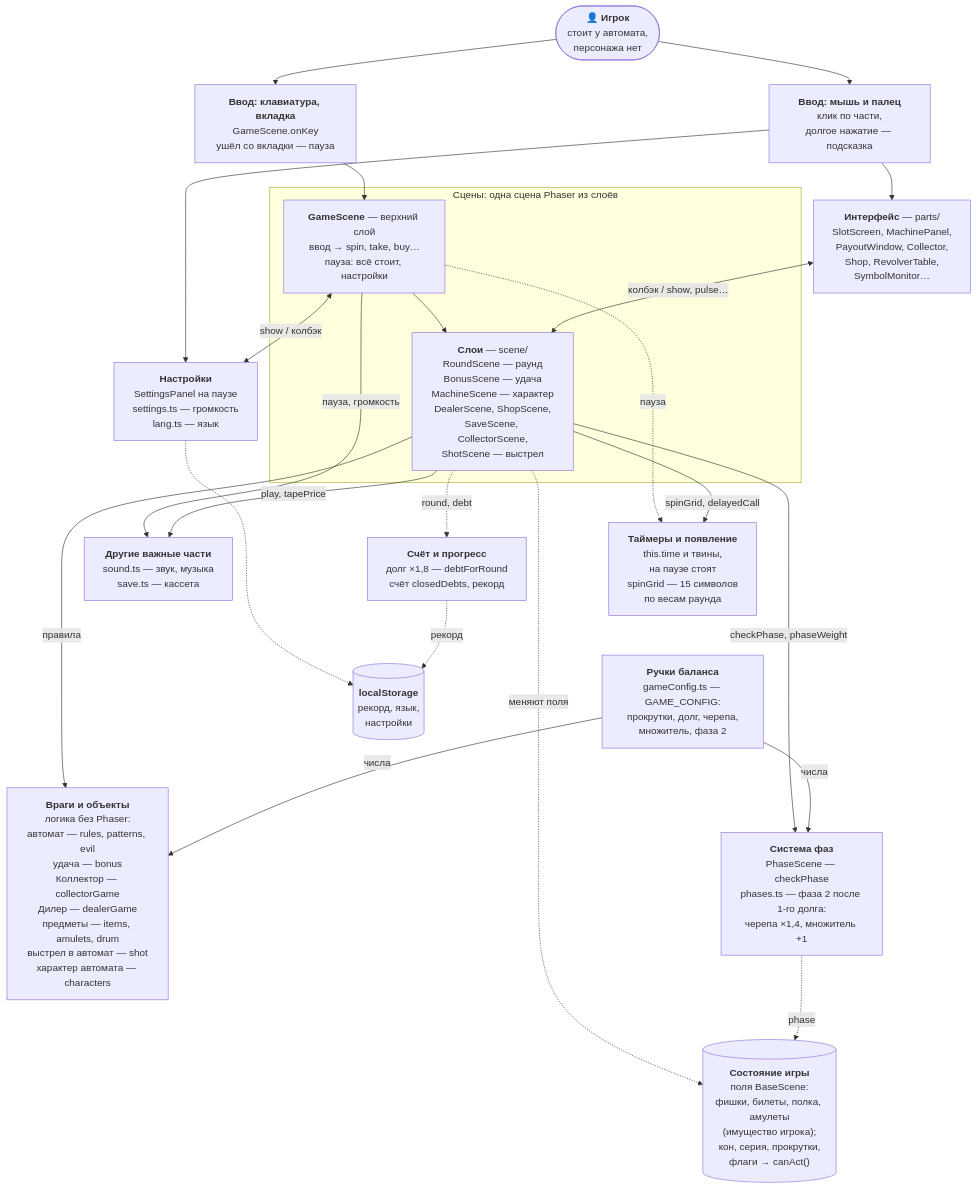
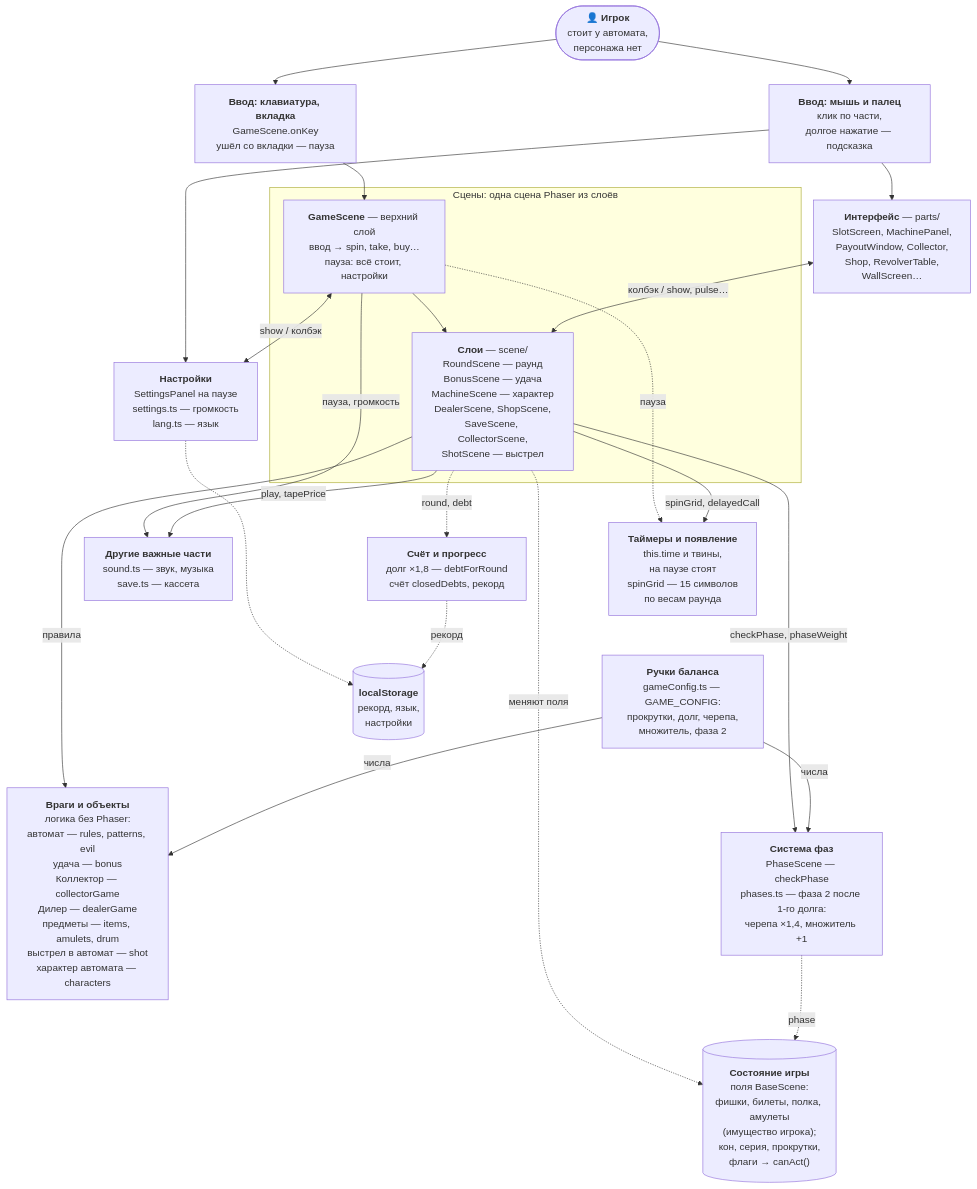
One commit to LILcmetanka/dolgovaya-yama changed the first of 3 diagrams in ARCHITECTURE.md. Above: the diagram before and after it, drawn with Mermaid. The commit also changed other lines of this file and 8 other files, not shown here.

Commit message:
feat: wall tv - small screen on the wall opens a big one with symbols, patterns and how-to-play tabs

````diff
--- a/ARCHITECTURE.md
+++ b/ARCHITECTURE.md
@@ -15,44 +15,44 @@
 ```mermaid
 %%{init: {"flowchart": {"nodeSpacing": 20, "rankSpacing": 40}}}%%
 flowchart TB
   PERSON(["👤 <b>Игрок</b><br/>стоит у автомата,<br/>персонажа нет"])
   KEYS["<b>Ввод: клавиатура, вкладка</b><br/>GameScene.onKey<br/>ушёл со вкладки — пауза"]
   POINTER["<b>Ввод: мышь и палец</b><br/>клик по части,<br/>долгое нажатие — подсказка"]
   subgraph SCENE["Сцены: одна сцена Phaser из слоёв"]
     GS["<b>GameScene</b> — верхний слой<br/>ввод → spin, take, buy…<br/>пауза: всё стоит, настройки"]
     LAYERS["<b>Слои</b> — scene/<br/>RoundScene — раунд<br/>BonusScene — удача<br/>MachineScene — характер<br/>DealerScene, ShopScene,<br/>SaveScene, CollectorScene,<br/>ShotScene — выстрел"]
   end
-  UI["<b>Интерфейс</b> — parts/<br/>SlotScreen, MachinePanel,<br/>PayoutWindow, Collector,<br/>Shop, RevolverTable,<br/>SymbolMonitor…"]
+  UI["<b>Интерфейс</b> — parts/<br/>SlotScreen, MachinePanel,<br/>PayoutWindow, Collector,<br/>Shop, RevolverTable,<br/>WallScreen…"]
   SETTINGS["<b>Настройки</b><br/>SettingsPanel на паузе<br/>settings.ts — громкость<br/>lang.ts — язык"]
   WORLD["<b>Враги и объекты</b><br/>логика без Phaser:<br/>автомат — rules, patterns, evil<br/>удача — bonus<br/>Коллектор — collectorGame<br/>Дилер — dealerGame<br/>предметы — items, amulets, drum<br/>выстрел в автомат — shot<br/>характер автомата — characters"]
   PHASES["<b>Система фаз</b><br/>PhaseScene — checkPhase<br/>phases.ts — фаза 2 после 1-го долга:<br/>черепа ×1,4, множитель +1"]
   CONFIG["<b>Ручки баланса</b><br/>gameConfig.ts — GAME_CONFIG:<br/>прокрутки, долг, черепа,<br/>множитель, фаза 2"]
   SCORE["<b>Счёт и прогресс</b><br/>долг ×1,8 — debtForRound<br/>счёт closedDebts, рекорд"]
   OTHER["<b>Другие важные части</b><br/>sound.ts — звук, музыка<br/>save.ts — кассета"]
   STATE[("<b>Состояние игры</b><br/>поля BaseScene:<br/>фишки, билеты, полка, амулеты<br/>(имущество игрока);<br/>кон, серия, прокрутки,<br/>флаги → canAct()")]
   TIMERS["<b>Таймеры и появление</b><br/>this.time и твины,<br/>на паузе стоят<br/>spinGrid — 15 символов<br/>по весам раунда"]
   STORAGE[("<b>localStorage</b><br/>рекорд, язык,<br/>настройки")]
 
   PERSON --> KEYS & POINTER
   KEYS --> GS
   POINTER --> UI
   POINTER --> SETTINGS
   GS --> LAYERS
   UI <-->|колбэк / show, pulse…| LAYERS
   GS <-->|show / колбэк| SETTINGS
   GS -->|пауза, громкость| OTHER
   GS -.->|пауза| TIMERS
   LAYERS -->|правила| WORLD
   LAYERS -->|checkPhase, phaseWeight| PHASES
   LAYERS -->|play, tapePrice| OTHER
   LAYERS -.->|round, debt| SCORE
   LAYERS -.->|меняют поля| STATE
   PHASES -.->|phase| STATE
   LAYERS -->|spinGrid, delayedCall| TIMERS
   CONFIG -->|числа| WORLD
   CONFIG -->|числа| PHASES
   %% невидимая связь — не вызов, а подсказка раскладке, чтобы схема была уже
   TIMERS ~~~ CONFIG
   SETTINGS -.-> STORAGE
   SCORE -.->|рекорд| STORAGE
 ```
````
